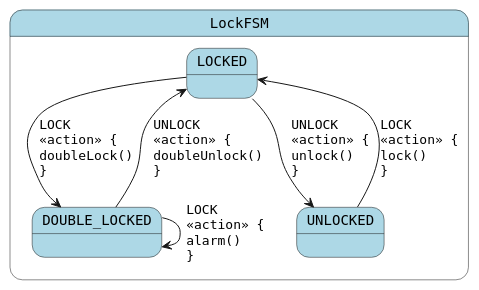
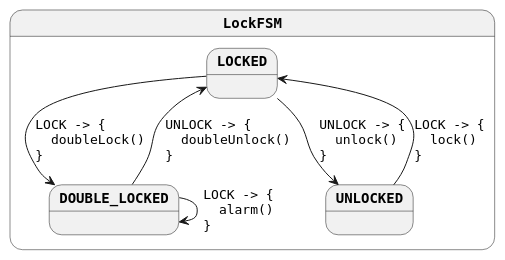
One commit to open-jumpco/kfsm-samples changed the diagram in generated/lock-gen.plantuml. Above: the diagram before and after it, drawn with PlantUML. The commit also changed 6 other files, not shown here.

```diff
--- a/generated/lock-gen.plantuml
+++ b/generated/lock-gen.plantuml
@@ -1,14 +1,16 @@
 @startuml
+skinparam monochrome true
 skinparam StateFontName Helvetica
 skinparam defaultFontName Monospaced
+skinparam defaultFontStyle Bold
 skinparam state {
-    BackgroundColor LightBlue
+    FontStyle Bold
 }
 state LockFSM {
-LOCKED --> DOUBLE_LOCKED : LOCK\l<<action>> {\ldoubleLock()\l}
-LOCKED --> UNLOCKED : UNLOCK\l<<action>> {\lunlock()\l}
-DOUBLE_LOCKED --> LOCKED : UNLOCK\l<<action>> {\ldoubleUnlock()\l}
-DOUBLE_LOCKED --> DOUBLE_LOCKED : LOCK\l<<action>> {\lalarm()\l}
-UNLOCKED --> LOCKED : LOCK\l<<action>> {\llock()\l}
+LOCKED --> DOUBLE_LOCKED : LOCK -> {\l  doubleLock()\l}
+LOCKED --> UNLOCKED : UNLOCK -> {\l  unlock()\l}
+DOUBLE_LOCKED --> LOCKED : UNLOCK -> {\l  doubleUnlock()\l}
+DOUBLE_LOCKED --> DOUBLE_LOCKED : LOCK -> {\l  alarm()\l}
+UNLOCKED --> LOCKED : LOCK -> {\l  lock()\l}
 }
 @enduml
```
